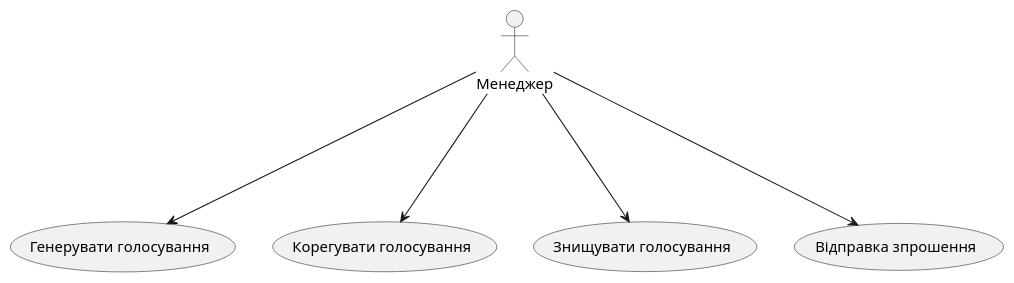
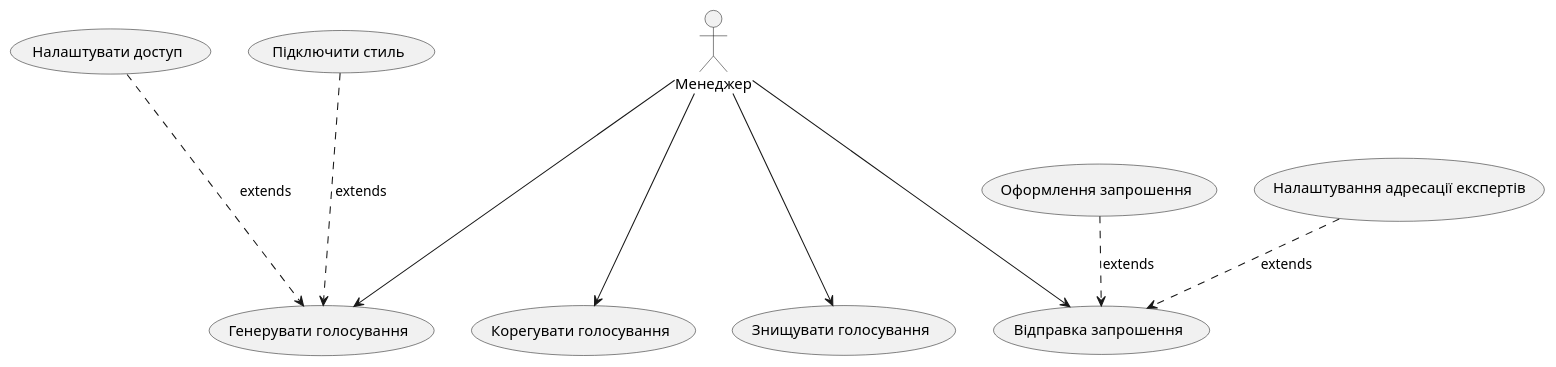
One commit to YehorSeniuk/IOO changed the fifth of 16 diagrams in docs/use cases/README.md. Above: the diagram before and after it, drawn with PlantUML. The commit also changed other lines of this file, not shown here.

```diff
--- a/docs/use cases/README.md
+++ b/docs/use cases/README.md
@@ -50,10 +69,24 @@
 @startuml
 usecase "Генерувати голосування" as CREATE_POLL
 usecase "Корегувати голосування" as POLL_REDACTION
 usecase "Знищувати голосування" as POLL_DISTRACTION
-usecase "Відправка зпрошення" as SEND_POLL
+usecase "Відправка запрошення" as SEND_POLL
+
+usecase "Налаштувати доступ" as access
+usecase "Підключити стиль" as style
+
+usecase "Оформлення запрошення" as re
+usecase "Налаштування адресації експертів" as add
+
 Менеджер ---> CREATE_POLL
 Менеджер ---> POLL_REDACTION
 Менеджер ---> POLL_DISTRACTION
 Менеджер ---> SEND_POLL
+
+access ...> CREATE_POLL: extends
+style ...> CREATE_POLL: extends
+
+re ..> SEND_POLL: extends
+add ..> SEND_POLL: extends
+
 @enduml
```
